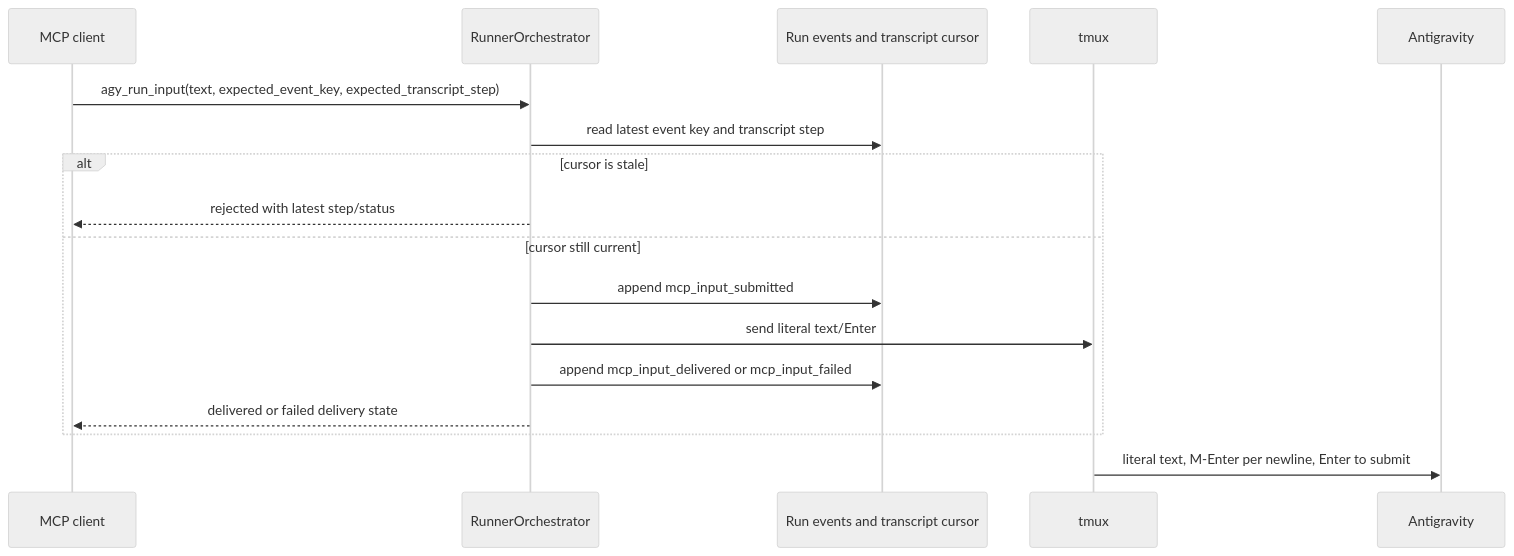
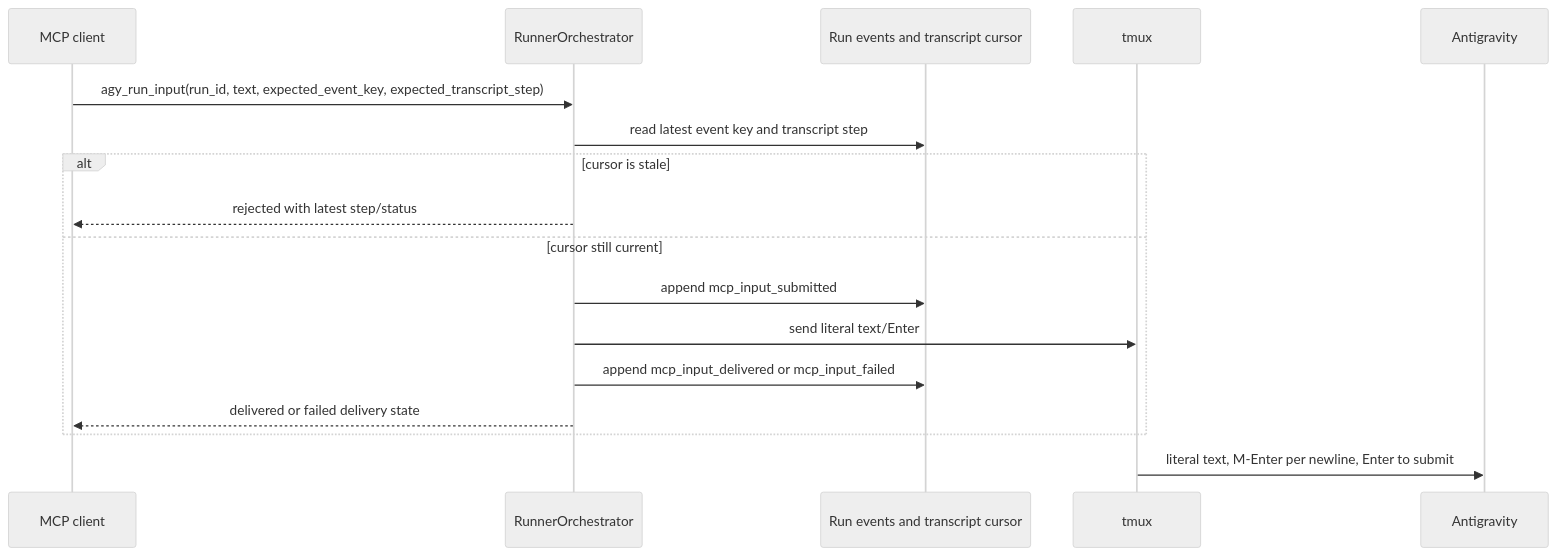
The second of 3 diagrams in docs/ARCHITECTURE.md (varadfromeast/codex-agy-bridge), drawn with Mermaid (neutral theme) before and after one commit. The commit also changed other lines of this file and 14 other files, not shown here.

````diff
--- a/docs/ARCHITECTURE.md
+++ b/docs/ARCHITECTURE.md
@@ -81,20 +81,20 @@
 ```mermaid
 sequenceDiagram
     participant C as MCP client
     participant O as RunnerOrchestrator
     participant E as Run events and transcript cursor
     participant T as tmux
     participant A as Antigravity
 
-    C->>O: agy_run_input(text, expected_event_key, expected_transcript_step)
+    C->>O: agy_run_input(run_id, text, expected_event_key, expected_transcript_step)
     O->>E: read latest event key and transcript step
     alt cursor is stale
         O-->>C: rejected with latest step/status
     else cursor still current
         O->>E: append mcp_input_submitted
         O->>T: send literal text/Enter
         O->>E: append mcp_input_delivered or mcp_input_failed
         O-->>C: delivered or failed delivery state
     end
     T->>A: literal text, M-Enter per newline, Enter to submit
 ```
````
